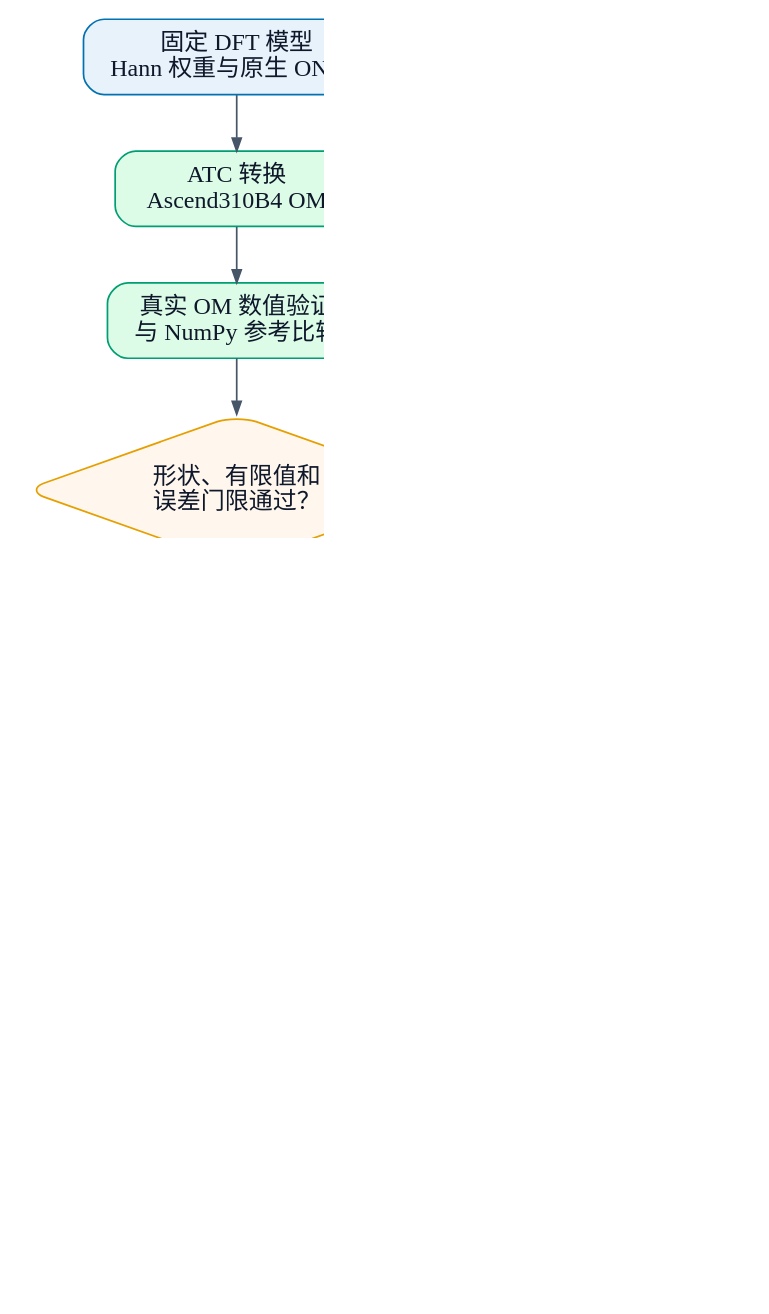
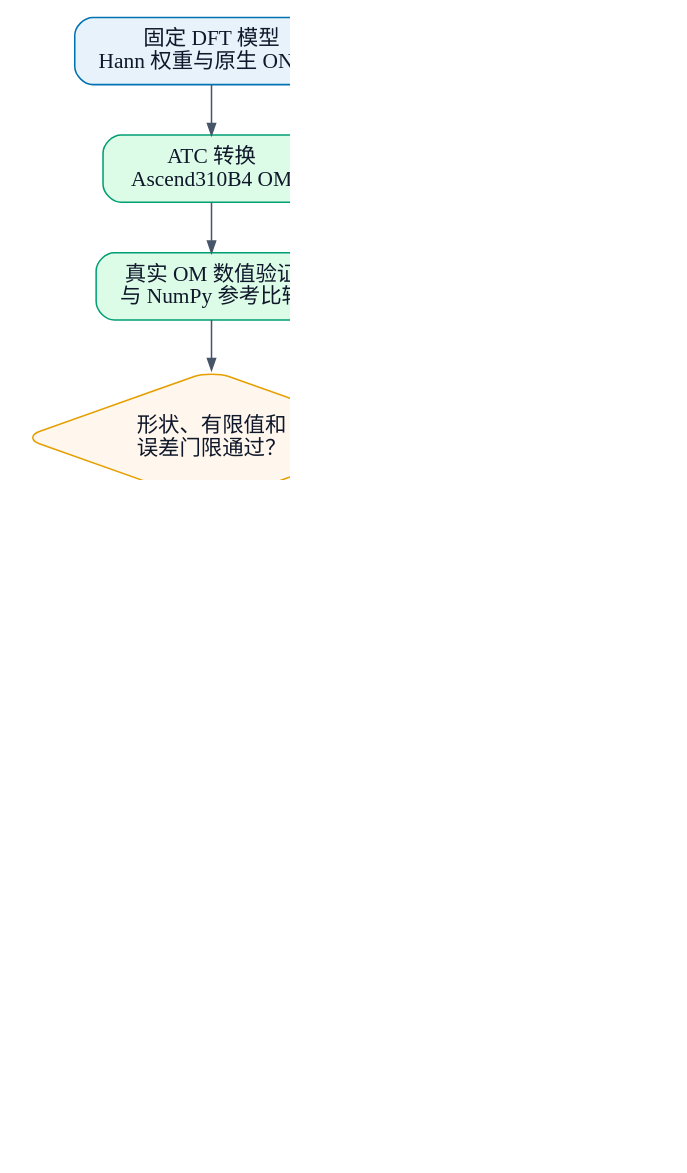
Before and after one commit to zhouxzh/Ascend310: the diagram in src/experiment/img5/case5-hantek-om-flow.dot, drawn with Graphviz. The commit also changed 271 other files, not shown here.

```diff
--- a/src/experiment/img5/case5-hantek-om-flow.dot
+++ b/src/experiment/img5/case5-hantek-om-flow.dot
@@ -1,54 +1,54 @@
 digraph Case5HantekOmFlow {
   graph [
     rankdir=TB,
     bgcolor="white",
-    size="7.4,9.3!",
+    size="7.2,8.3!",
     pad="0.14",
     nodesep="0.32",
     ranksep="0.44",
     splines=polyline,
     fontname="Microsoft YaHei",
     dpi=180
   ];
 
   node [
     shape=box,
     style="rounded,filled",
     fontname="Microsoft YaHei",
     fontsize=14,
     color="#475569",
     fontcolor="#0F172A",
     fillcolor="#F8FAFC",
     margin="0.16,0.10"
   ];
   edge [
     fontname="Microsoft YaHei",
     fontsize=10,
     color="#475569",
     fontcolor="#334155",
     arrowsize=0.75
   ];
 
   model [label="固定 DFT 模型\nHann 权重与原生 ONNX", fillcolor="#E8F2FB", color="#0072B2"];
   atc [label="ATC 转换\nAscend310B4 OM", fillcolor="#DCFCE7", color="#009E73"];
   verify [label="真实 OM 数值验证\n与 NumPy 参考比较", fillcolor="#DCFCE7", color="#009E73"];
   verified [shape=diamond, label="形状、有限值和\n误差门限通过？", fillcolor="#FFF7ED", color="#E69F00"];
   load [label="AscendOmRunner\n加载 OM session", fillcolor="#DCFCE7", color="#009E73"];
   ready [shape=diamond, label="NPU ready？", fillcolor="#FFF7ED", color="#E69F00"];
   infer [label="固定 DFT 推理\n输入 [1,2,10000]", fillcolor="#DCFCE7", color="#009E73"];
   output [shape=diamond, label="输出 [1,2,201,1]\n且全部有限？", fillcolor="#FFF7ED", color="#E69F00"];
   publish [label="发布 OM 线性功率\n频谱、瀑布与 analysis.jsonl", fillcolor="#F3E8FF", color="#CC79A7"];
 
   rejected [label="数值验证失败\n模型不进入运行入口", fillcolor="#FEE2E2", color="#D55E00"];
   unavailable [label="NPU unavailable\n停止更新频谱和瀑布", fillcolor="#FEE2E2", color="#D55E00"];
   nofallback [label="NPU unavailable\n禁止 CPU FFT 回退", fillcolor="#FEE2E2", color="#D55E00"];
 
   { rank=same; verified; rejected; }
   { rank=same; ready; unavailable; }
   { rank=same; output; nofallback; }
 
   model -> atc -> verify -> verified -> load -> ready -> infer -> output -> publish;
   verified -> rejected [label="否", color="#D55E00", fontcolor="#D55E00", style=dashed, constraint=false];
   ready -> unavailable [label="否", color="#D55E00", fontcolor="#D55E00", style=dashed, constraint=false];
   output -> nofallback [label="否", color="#D55E00", fontcolor="#D55E00", style=dashed, constraint=false];
 }
```
